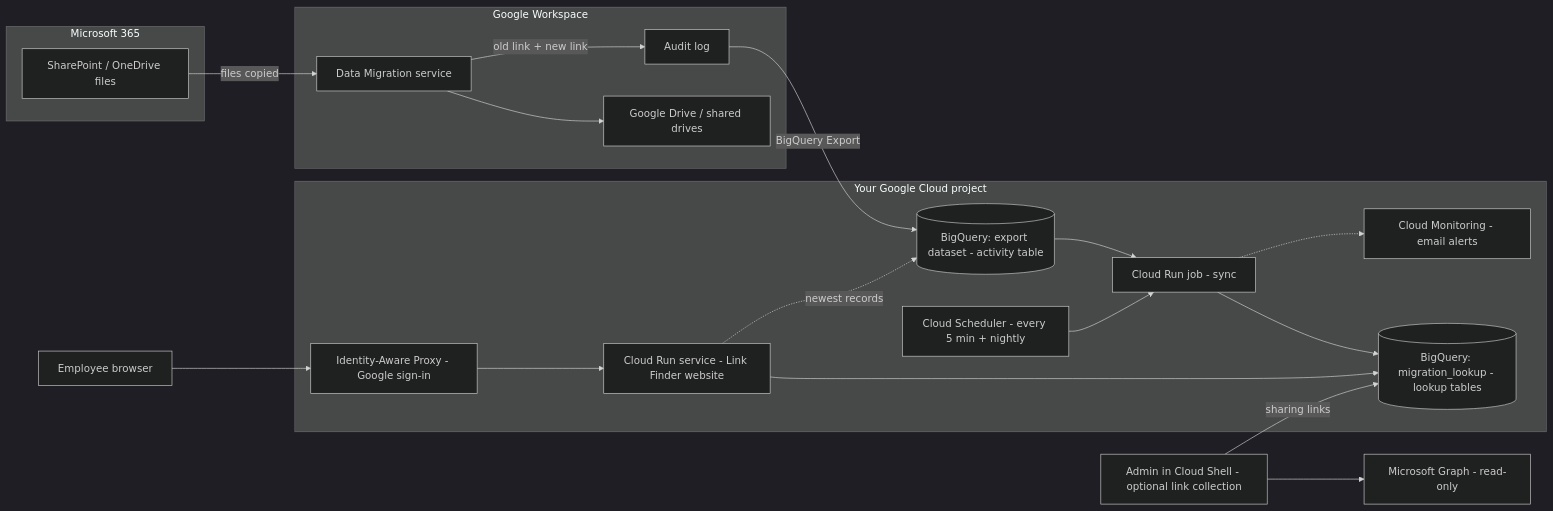
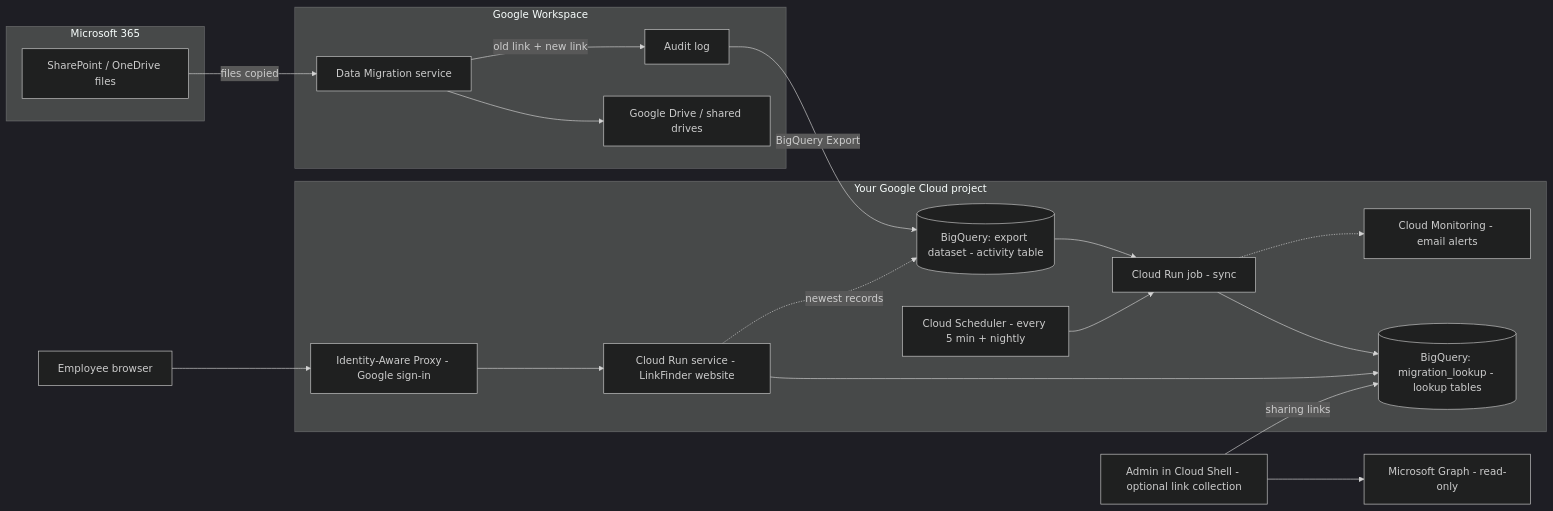
Before and after one commit to GYashBhilware/gws-link-converter: the first of 2 diagrams in CUSTOMER_SETUP.md, drawn with Mermaid (dark theme). The commit also changed other lines of this file and 10 other files, not shown here.

Commit message:
v3.3: LinkFinder branding ('Developed by Yabhi'), updated page note, docs renamed to LinkFinder

````diff
--- a/CUSTOMER_SETUP.md
+++ b/CUSTOMER_SETUP.md
@@ -21,34 +21,34 @@
 ```mermaid
 flowchart LR
   subgraph M365["Microsoft 365"]
     SP["SharePoint / OneDrive files"]
   end
   subgraph GWS["Google Workspace"]
     MIG["Data Migration service"]
     DRV["Google Drive / shared drives"]
     LOG["Audit log"]
   end
   subgraph GCP["Your Google Cloud project"]
     EXP[("BigQuery: export dataset - activity table")]
     SCH["Cloud Scheduler - every 5 min + nightly"]
     JOB["Cloud Run job - sync"]
     IDX[("BigQuery: migration_lookup - lookup tables")]
-    APP["Cloud Run service - Link Finder website"]
+    APP["Cloud Run service - LinkFinder website"]
     IAP["Identity-Aware Proxy - Google sign-in"]
     MON["Cloud Monitoring - email alerts"]
   end
   USER["Employee browser"]
   ADM["Admin in Cloud Shell - optional link collection"]
   GRAPH["Microsoft Graph - read-only"]
 
   SP -->|"files copied"| MIG --> DRV
   MIG -->|"old link + new link"| LOG
   LOG -->|"BigQuery Export"| EXP
   SCH --> JOB
   EXP --> JOB --> IDX
   USER --> IAP --> APP --> IDX
   APP -.->|"newest records"| EXP
   JOB -.-> MON
   ADM --> GRAPH
   ADM -->|"sharing links"| IDX
 ```
````
